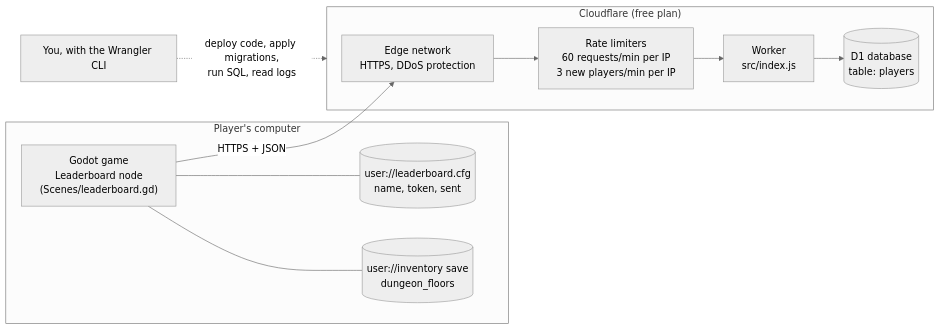
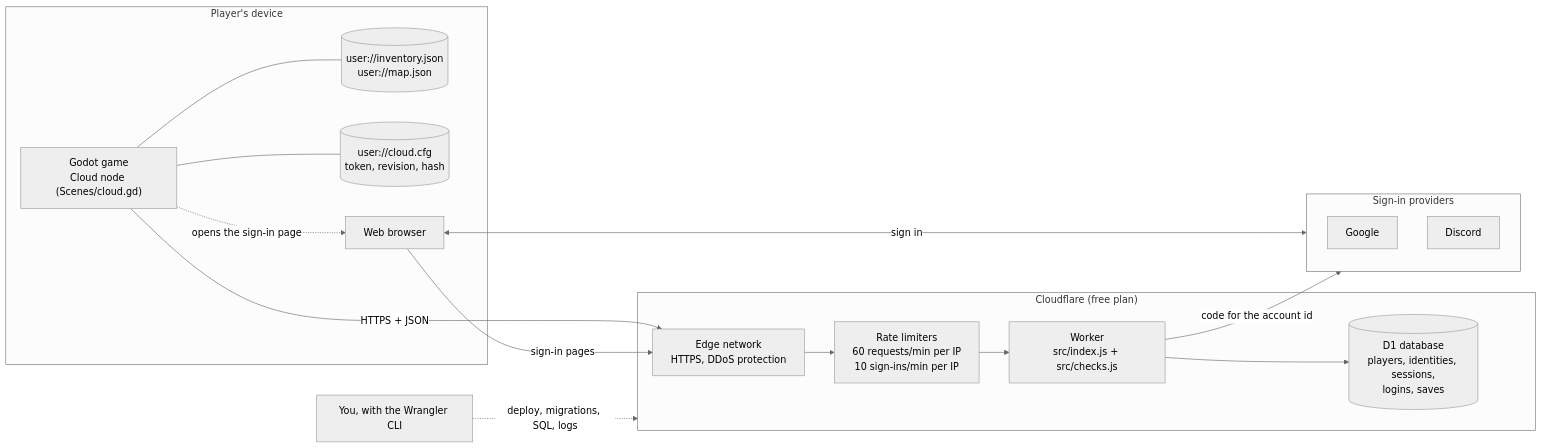
One commit to dikmedvescekmurovec/kobold-clicker changed the first of 7 diagrams in backend/leaderboard/README.md. Above: the diagram before and after it, drawn with Mermaid (neutral theme). The commit also changed other lines of this file and 37 other files, not shown here.

First line of the commit message:
Move the leaderboard to a corner podium with a trophy table, add cloud saves and accounts, and still the corner buttons after their first press

````diff
--- a/backend/leaderboard/README.md
+++ b/backend/leaderboard/README.md
@@ -40,21 +52,31 @@
 ```mermaid
 flowchart LR
-    subgraph PC["Player's computer"]
-        Game["Godot game<br/>Leaderboard node<br/>(Scenes/leaderboard.gd)"]
-        Cfg[("user://leaderboard.cfg<br/>name, token, sent")]
-        Save[("user://inventory save<br/>dungeon_floors")]
+    subgraph PC["Player's device"]
+        Game["Godot game<br/>Cloud node (Scenes/cloud.gd)"]
+        Files[("user://inventory.json<br/>user://map.json")]
+        Cfg[("user://cloud.cfg<br/>token, revision, hash")]
+        Browser["Web browser"]
+        Game --- Files
         Game --- Cfg
-        Game --- Save
+        Game -. "opens the sign-in page" .-> Browser
     end
 
     subgraph CF["Cloudflare (free plan)"]
         Edge["Edge network<br/>HTTPS, DDoS protection"]
-        RL["Rate limiters<br/>60 requests/min per IP<br/>3 new players/min per IP"]
-        W["Worker<br/>src/index.js"]
-        D1[("D1 database<br/>table: players")]
+        RL["Rate limiters<br/>60 requests/min per IP<br/>10 sign-ins/min per IP"]
+        W["Worker<br/>src/index.js + src/checks.js"]
+        D1[("D1 database<br/>players, identities, sessions,<br/>logins, saves")]
         Edge --> RL --> W --> D1
     end
 
+    subgraph ID["Sign-in providers"]
+        G["Google"]
+        Dc["Discord"]
+    end
+
     Game -- "HTTPS + JSON" --> Edge
-    You["You, with the Wrangler CLI"] -. "deploy code, apply migrations,<br/>run SQL, read logs" .-> CF
+    Browser -- "sign-in pages" --> Edge
+    Browser <-- "sign in" --> ID
+    W -- "code for the account id" --> ID
+    You["You, with the Wrangler CLI"] -. "deploy, migrations, SQL, logs" .-> CF
 ```
````
